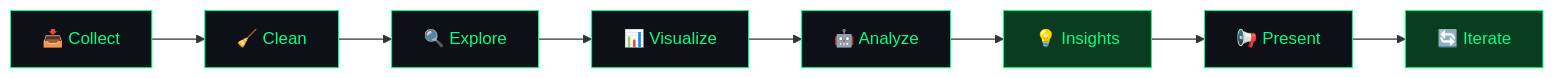
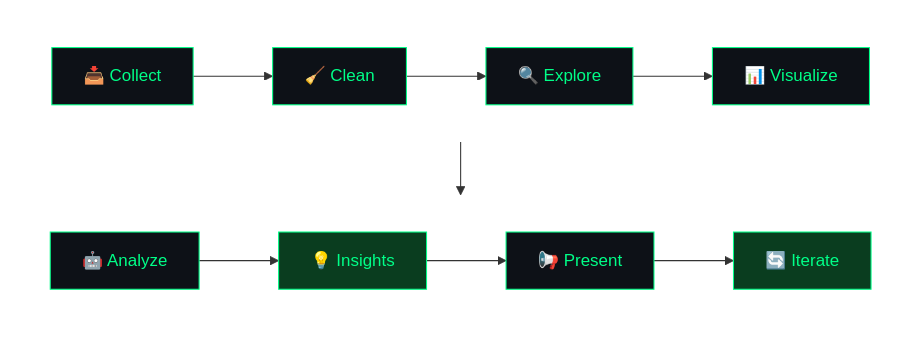
Before and after one commit to DeepakKumar29th/DeepakKumar29th: the diagram in README.md, drawn with Mermaid. The commit also changed other lines of this file, not shown here.

Commit message:
README.md

````diff
--- a/README.md
+++ b/README.md
@@ -171,19 +171,25 @@
 ```mermaid
-flowchart LR
-    A["📥 Collect"] --> B["🧹 Clean"]
-    B --> C["🔍 Explore"]
-    C --> D["📊 Visualize"]
-    D --> E["🤖 Analyze"]
-    E --> F["💡 Insights"]
-    F --> G["📢 Present"]
-    G --> H["🔄 Iterate"]
+flowchart TB
+    subgraph top[ ]
+        direction LR
+        A["📥 Collect"] --> B["🧹 Clean"] --> C["🔍 Explore"] --> D["📊 Visualize"]
+    end
+
+    subgraph bottom[ ]
+        direction LR
+        E["🤖 Analyze"] --> F["💡 Insights"] --> G["📢 Present"] --> H["🔄 Iterate"]
+    end
+
+    top --> bottom
 
     style A fill:#0d1117,stroke:#00ff88,color:#00ff88
     style B fill:#0d1117,stroke:#00ff88,color:#00ff88
     style C fill:#0d1117,stroke:#00ff88,color:#00ff88
     style D fill:#0d1117,stroke:#00ff88,color:#00ff88
     style E fill:#0d1117,stroke:#00ff88,color:#00ff88
     style F fill:#0a3d1f,stroke:#00ff88,color:#00ff88
     style G fill:#0d1117,stroke:#00ff88,color:#00ff88
     style H fill:#0a3d1f,stroke:#00ff88,color:#00ff88
+    style top fill:transparent,stroke:transparent
+    style bottom fill:transparent,stroke:transparent
 ```
````
